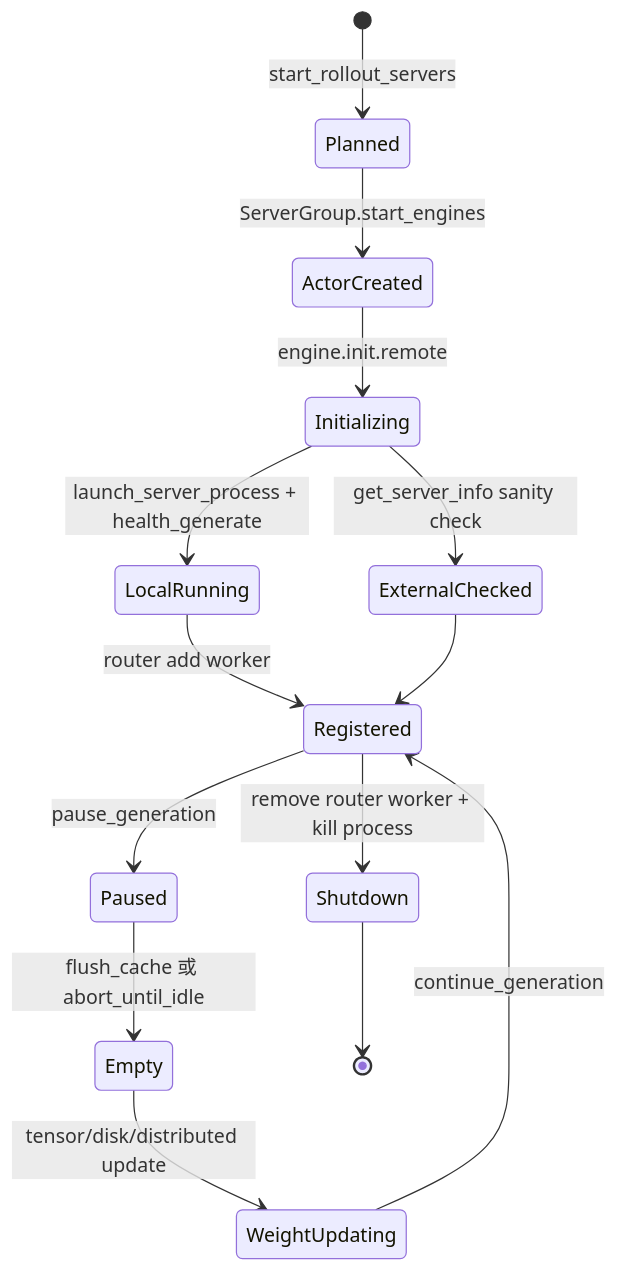
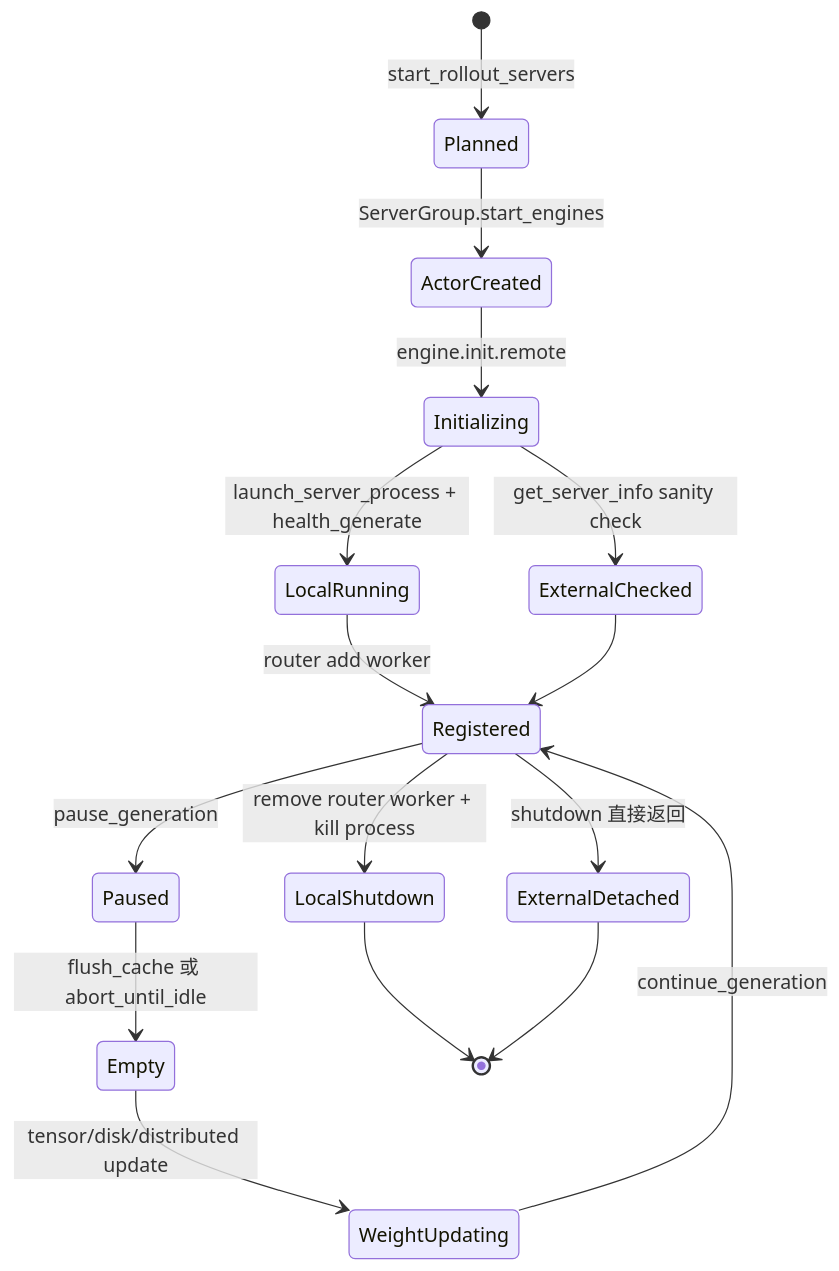
Before and after one commit to OnlyHero5/sglang-reading-vault: the second of 2 diagrams in slime_reading/Rollout生成/SGLang-Engine/Slime-SGLang-Engine-核心概念.md, drawn with Mermaid. The commit also changed other lines of this file and 512 other files, not shown here.

````diff
--- a/slime_reading/Rollout生成/SGLang-Engine/Slime-SGLang-Engine-核心概念.md
+++ b/slime_reading/Rollout生成/SGLang-Engine/Slime-SGLang-Engine-核心概念.md
@@ -59,16 +59,18 @@
 ```mermaid
 stateDiagram-v2
     [*] --> Planned: start_rollout_servers
     Planned --> ActorCreated: ServerGroup.start_engines
     ActorCreated --> Initializing: engine.init.remote
     Initializing --> LocalRunning: launch_server_process + health_generate
     Initializing --> ExternalChecked: get_server_info sanity check
     LocalRunning --> Registered: router add worker
     ExternalChecked --> Registered
     Registered --> Paused: pause_generation
     Paused --> Empty: flush_cache 或 abort_until_idle
     Empty --> WeightUpdating: tensor/disk/distributed update
     WeightUpdating --> Registered: continue_generation
-    Registered --> Shutdown: remove router worker + kill process
-    Shutdown --> [*]
+    Registered --> LocalShutdown: remove router worker + kill process
+    Registered --> ExternalDetached: shutdown 直接返回
+    LocalShutdown --> [*]
+    ExternalDetached --> [*]
 ```
````
